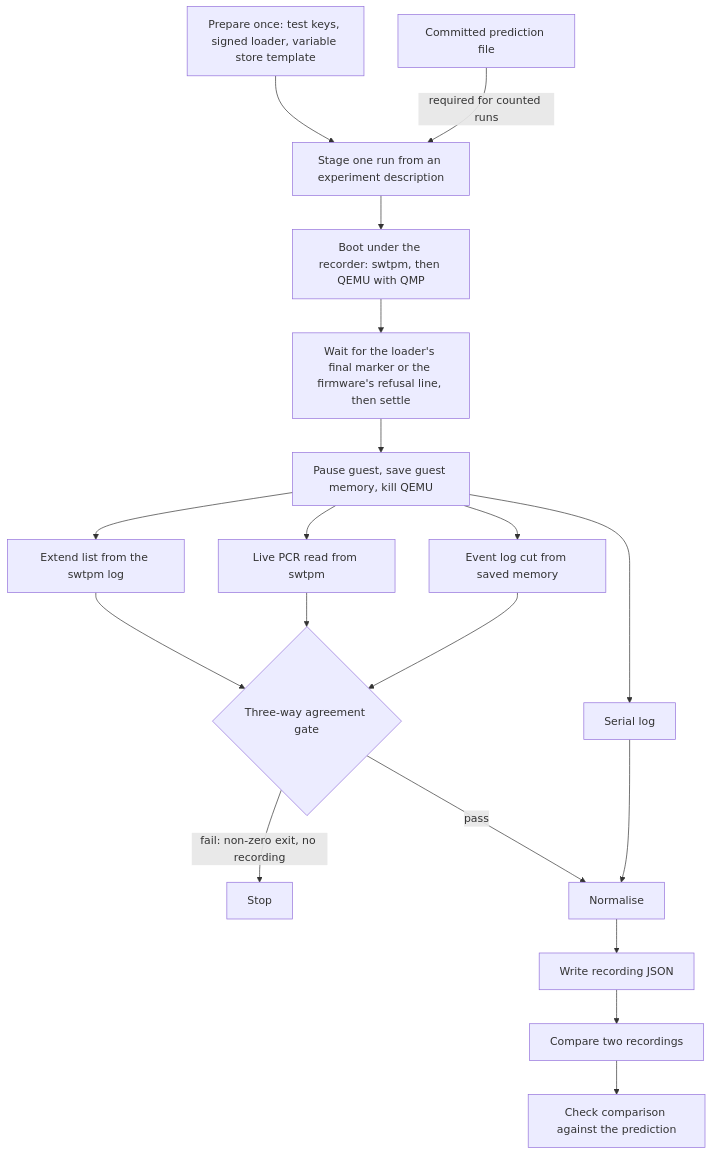
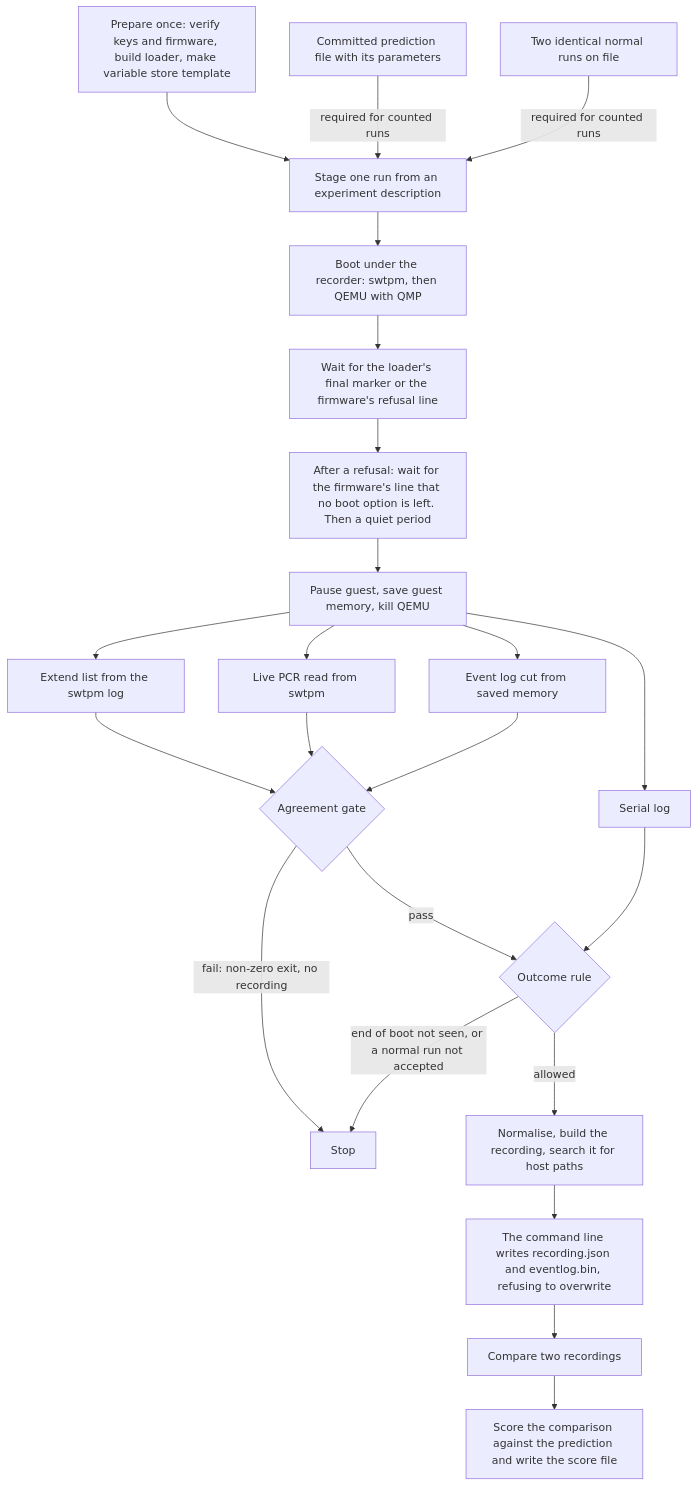
The diagram in docs/DESIGN.md (lejie710/lux), drawn with Mermaid before and after one commit. The commit also changed other lines of this file and 2 other files, not shown here.

Commit message:
docs: bring design, README and mutation checks in line with the reviewed recorder

````diff
--- a/docs/DESIGN.md
+++ b/docs/DESIGN.md
@@ -19,21 +19,25 @@
 ```mermaid
 flowchart TD
-    A[Prepare once: test keys, signed loader, variable store template] --> B[Stage one run from an experiment description]
-    P[Committed prediction file] -->|required for counted runs| B
+    A[Prepare once: verify keys and firmware, build loader, make variable store template] --> B[Stage one run from an experiment description]
+    P[Committed prediction file with its parameters] -->|required for counted runs| B
+    R[Two identical normal runs on file] -->|required for counted runs| B
     B --> C[Boot under the recorder: swtpm, then QEMU with QMP]
-    C --> D[Wait for the loader's final marker or the firmware's refusal line, then settle]
-    D --> E[Pause guest, save guest memory, kill QEMU]
+    C --> D[Wait for the loader's final marker or the firmware's refusal line]
+    D --> D2[After a refusal: wait for the firmware's line that no boot option is left. Then a quiet period]
+    D2 --> E[Pause guest, save guest memory, kill QEMU]
     E --> F1[Serial log]
     E --> F2[Extend list from the swtpm log]
     E --> F3[Live PCR read from swtpm]
     E --> F4[Event log cut from saved memory]
-    F2 --> G{Three-way agreement gate}
+    F2 --> G{Agreement gate}
     F3 --> G
     F4 --> G
     G -->|fail: non-zero exit, no recording| X[Stop]
-    G -->|pass| H[Normalise]
-    F1 --> H
-    H --> I[Write recording JSON]
+    G -->|pass| O{Outcome rule}
+    F1 --> O
+    O -->|end of boot not seen, or a normal run not accepted| X
+    O -->|allowed| H[Normalise, build the recording, search it for host paths]
+    H --> I[The command line writes recording.json and eventlog.bin, refusing to overwrite]
     I --> J[Compare two recordings]
-    J --> K[Check comparison against the prediction]
+    J --> K[Score the comparison against the prediction and write the score file]
 ```
````
